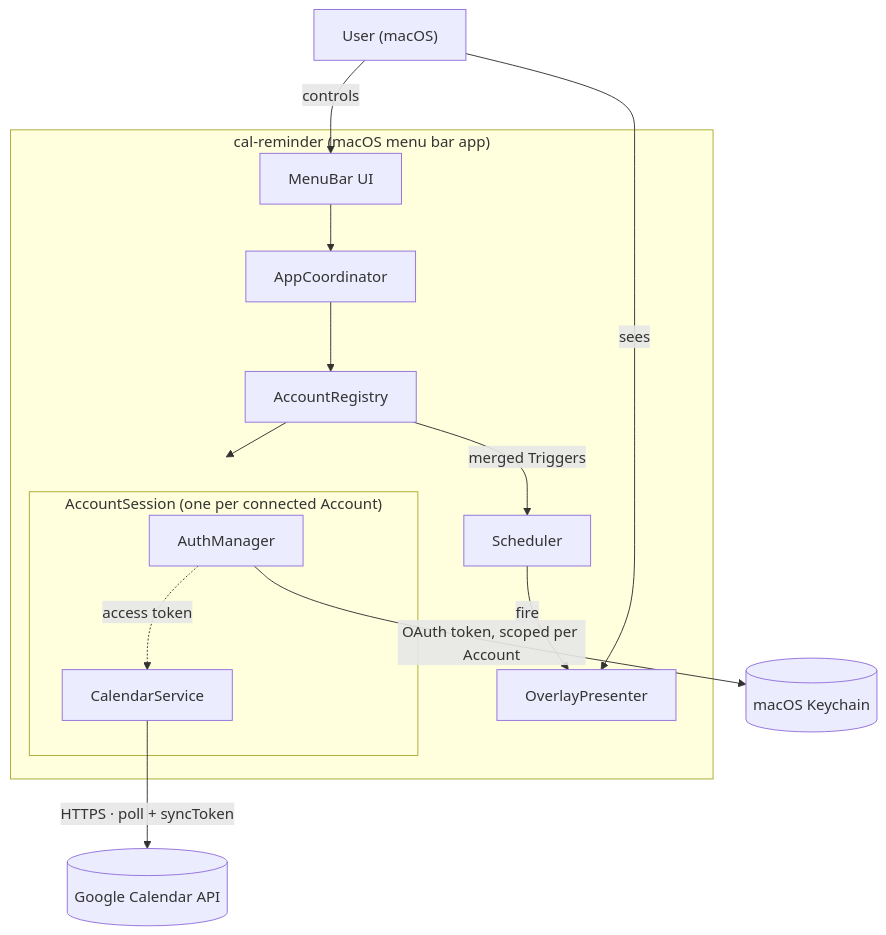
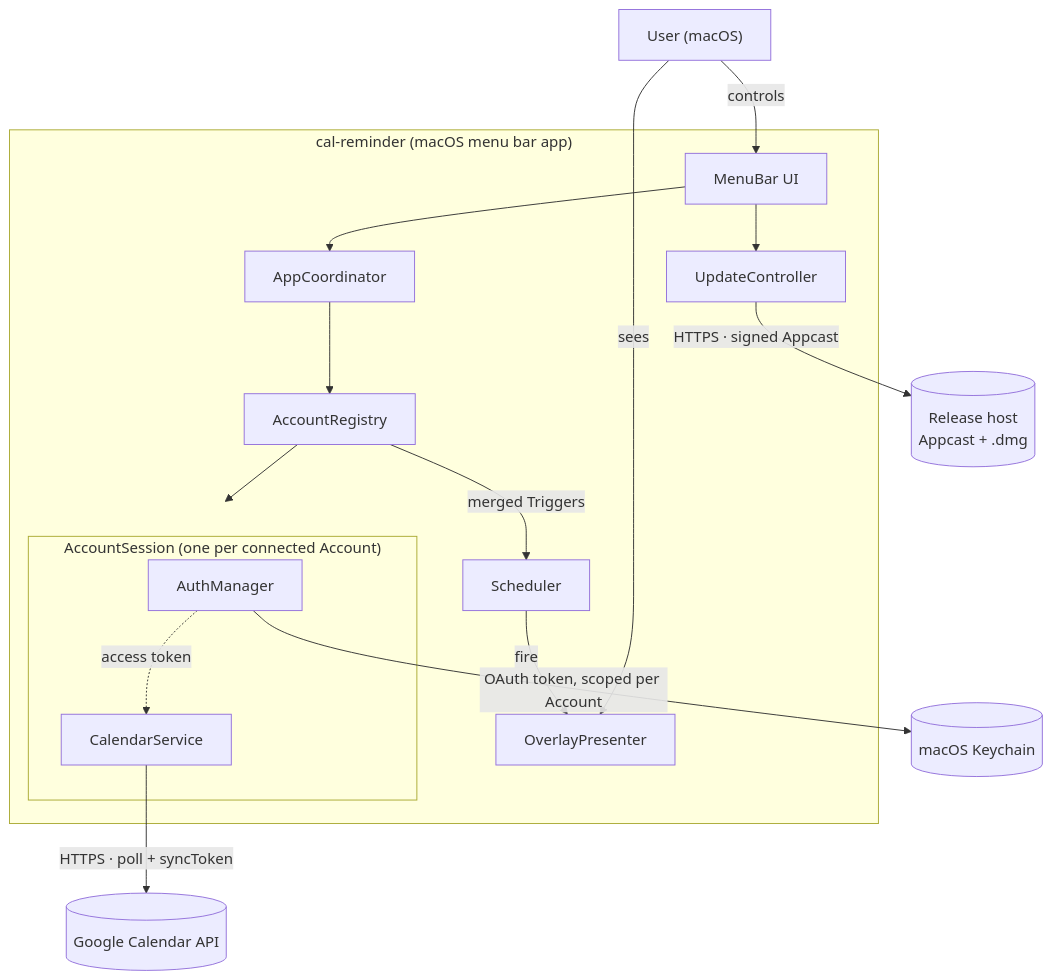
Before and after one commit to silvioubaldino/cal-reminder: the diagram in docs/architecture.md, drawn with Mermaid. The commit also changed other lines of this file and 15 other files, not shown here.

````diff
--- a/docs/architecture.md
+++ b/docs/architecture.md
@@ -20,30 +20,34 @@
 ```mermaid
 flowchart TB
     user["User (macOS)"]
 
     subgraph app["cal-reminder (macOS menu bar app)"]
         ui["MenuBar UI"]
         coord["AppCoordinator"]
         reg["AccountRegistry"]
         subgraph session["AccountSession (one per connected Account)"]
             auth["AuthManager"]
             cal["CalendarService"]
         end
         sched["Scheduler"]
         overlay["OverlayPresenter"]
+        upd["UpdateController"]
     end
 
     gcal[("Google Calendar API")]
     keychain[("macOS Keychain")]
+    rel[("Release host<br/>Appcast + .dmg")]
 
     user -->|controls| ui
     user -->|sees| overlay
     ui --> coord
     coord --> reg
     reg --> session
     auth -->|OAuth token, scoped per Account| keychain
     cal -->|HTTPS · poll + syncToken| gcal
     reg -->|merged Triggers| sched
     sched -->|fire| overlay
     auth -.->|access token| cal
+    ui --> upd
+    upd -->|HTTPS · signed Appcast| rel
 ```
````
